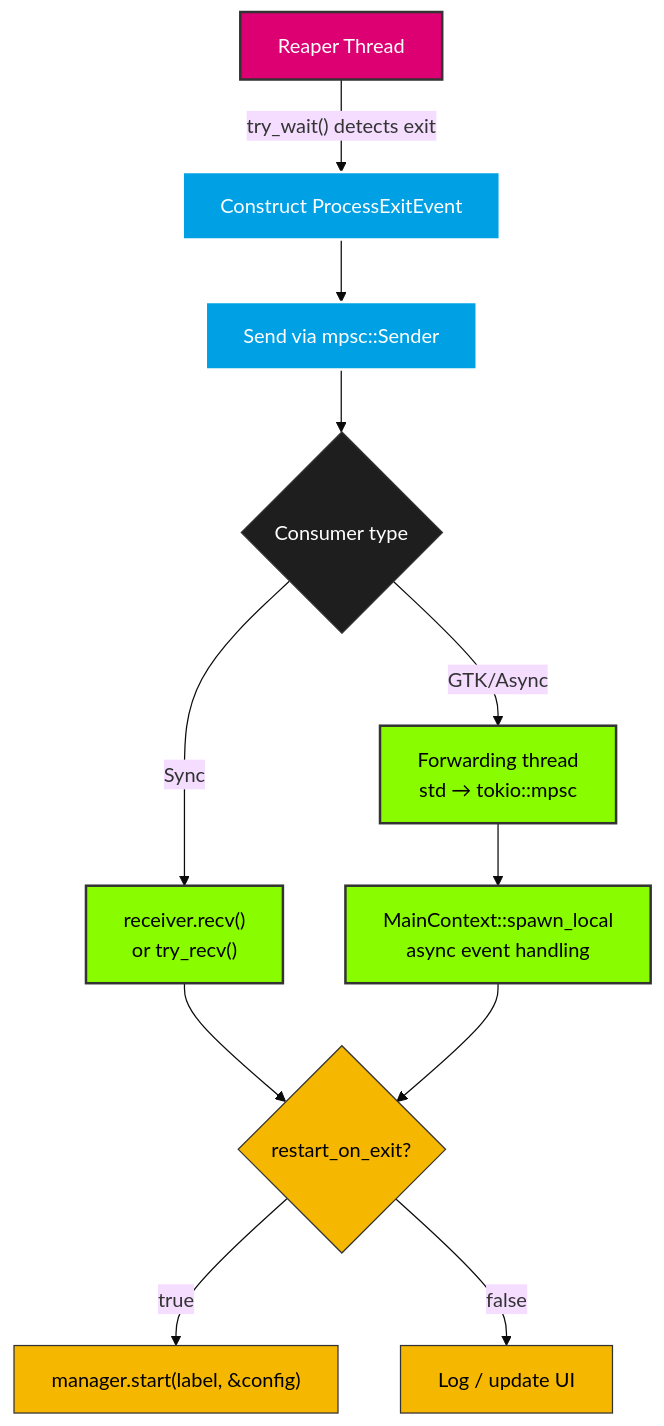
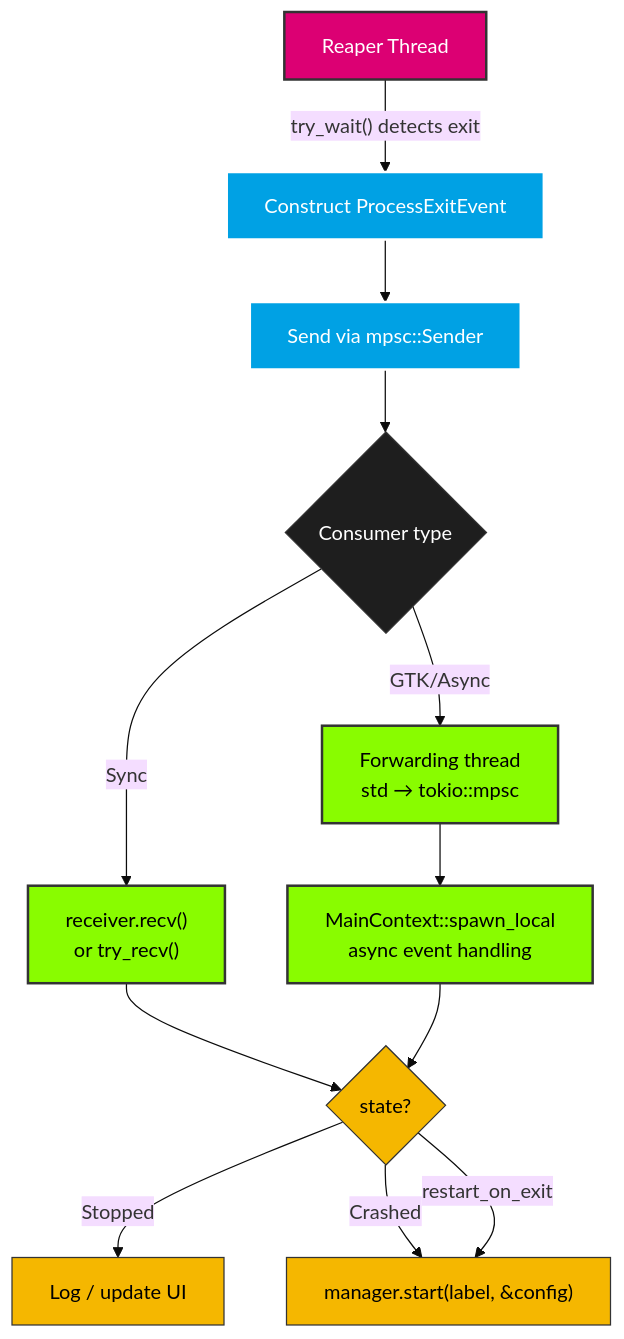
One commit to smearor/process-manager changed the diagram in book/src/process/exit_event.md. Above: the diagram before and after it, drawn with Mermaid (base theme). The commit also changed other lines of this file and 15 other files, not shown here.

````diff
--- a/book/src/process/exit_event.md
+++ b/book/src/process/exit_event.md
@@ -24,29 +26,30 @@
 ```mermaid
 graph TD
     classDef default fill: #1e1e1e, stroke: #333333, stroke-width: 1px, color: #ffffff
     classDef reaper fill: #dc0073, stroke: #333333, stroke-width: 2px, color: #ffffff
     classDef event fill: #00a1e4, stroke: #ffffff, stroke-width: 2px, color: #ffffff
     classDef consumer fill: #89fc00, stroke: #333333, stroke-width: 2px, color: #000
     classDef action fill: #f5b700, stroke: #333333, stroke-width: 1px, color: #000000
 
     A["Reaper Thread"] -->|"try_wait() detects exit"| B["Construct ProcessExitEvent"]
     B --> C["Send via mpsc::Sender"]
     C --> D{"Consumer type"}
     D -->|Sync| E["receiver.recv()<br/>or try_recv()"]
     D -->|GTK/Async| F["Forwarding thread<br/>std → tokio::mpsc"]
     F --> G["MainContext::spawn_local<br/>async event handling"]
-    E --> H{"restart_on_exit?"}
+    E --> H{"state?"}
     G --> H
-    H -->|true| I["manager.start(label, &config)"]
-    H -->|false| J["Log / update UI"]
+    H -->|"Stopped"| J["Log / update UI"]
+    H -->|"Crashed"| I["manager.start(label, &config)"]
+    H -->|"restart_on_exit"| I
 
     class A reaper
     class B event
     class C event
     class E consumer
     class F consumer
     class G consumer
     class H action
     class I action
     class J action
 ```
````
